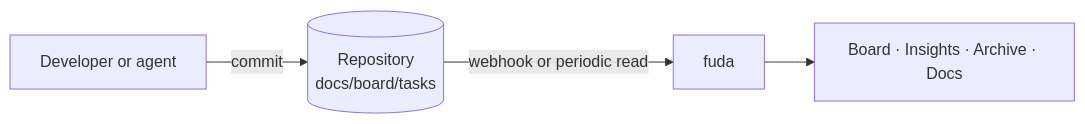
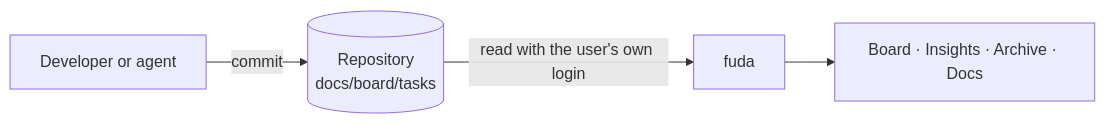
One commit to milos-sikic-nimbus-tech/fuda changed the diagram in api/internal/guide/pages/01-overview.md. Above: the diagram before and after it, drawn with Mermaid. The commit also changed other lines of this file and 43 other files, not shown here.

````diff
--- a/api/internal/guide/pages/01-overview.md
+++ b/api/internal/guide/pages/01-overview.md
@@ -12,6 +12,6 @@
 ```mermaid
 flowchart LR
   dev[Developer or agent] -- commit --> repo[(Repository<br/>docs/board/tasks)]
-  repo -- webhook or periodic read --> fuda[fuda]
+  repo -- read with the user's own login --> fuda[fuda]
   fuda --> board[Board · Insights · Archive · Docs]
 ```
````
